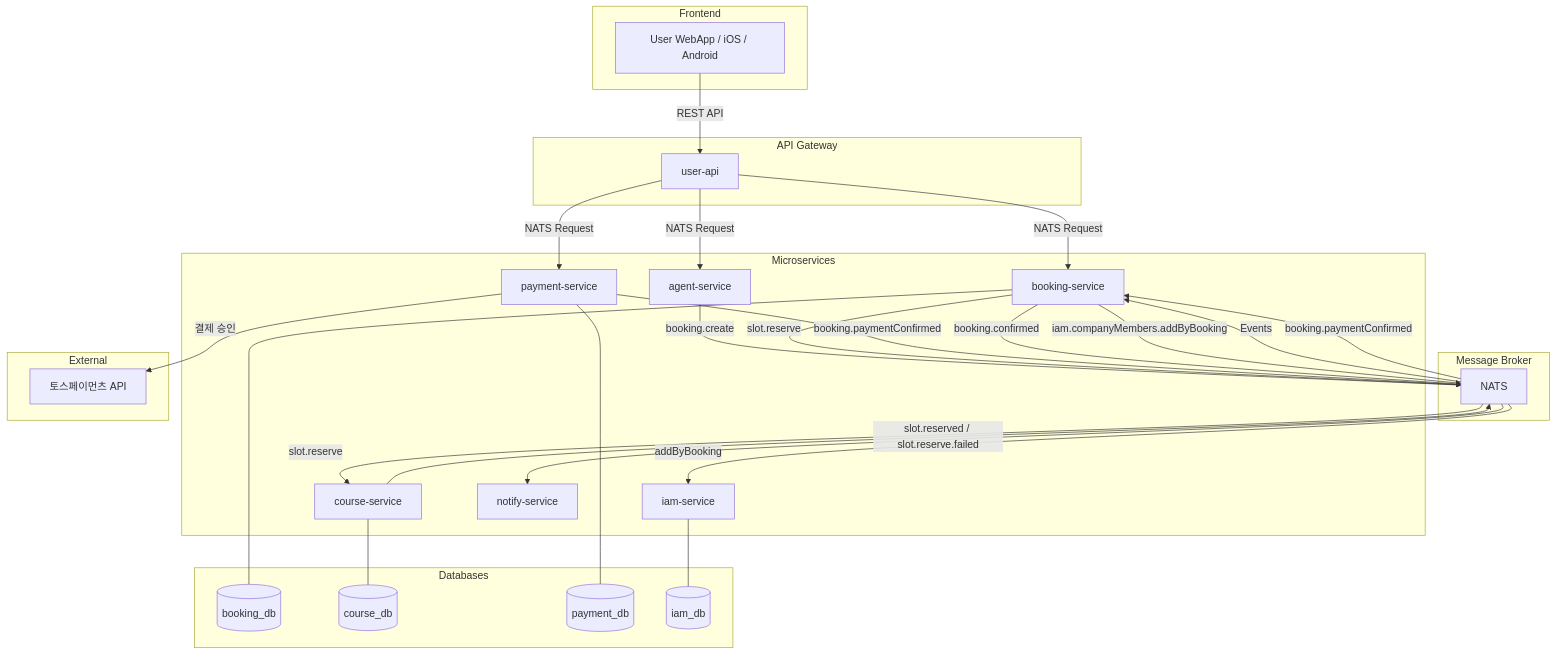
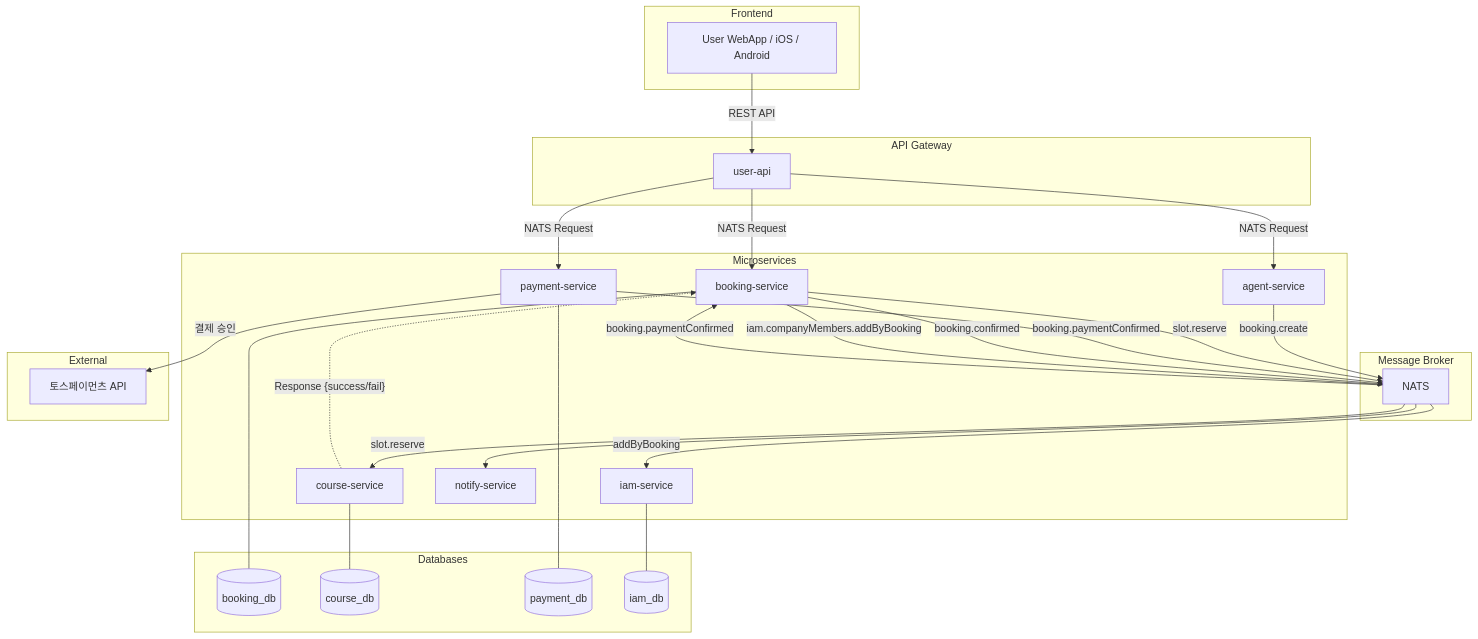
Before and after one commit to uniyous/parkgolf-platform: the first of 18 diagrams in docs/workflow/BOOKING.md, drawn with Mermaid. The commit also changed other lines of this file and 5 other files, not shown here.

First line of the commit message:
docs: 제안서 및 워크플로우 문서 업데이트

````diff
--- a/docs/workflow/BOOKING.md
+++ b/docs/workflow/BOOKING.md
@@ -61,55 +61,54 @@
 ```mermaid
 flowchart TB
     subgraph "Frontend"
         A[User WebApp / iOS / Android]
     end
 
     subgraph "API Gateway"
         B[user-api]
     end
 
     subgraph "Microservices"
         C[booking-service]
         D[course-service]
         P[payment-service]
         IAM[iam-service]
         E[notify-service]
         AG[agent-service]
     end
 
     subgraph "Message Broker"
         NATS[NATS]
     end
 
     subgraph "Databases"
         F[(booking_db)]
         G[(course_db)]
         H[(payment_db)]
         I[(iam_db)]
     end
 
     subgraph "External"
         TOSS[토스페이먼츠 API]
     end
 
     A -->|REST API| B
     B -->|NATS Request| C
     B -->|NATS Request| P
     B -->|NATS Request| AG
     AG -->|booking.create| NATS
     C -->|slot.reserve| NATS
     NATS -->|slot.reserve| D
-    D -->|slot.reserved / slot.reserve.failed| NATS
-    NATS -->|Events| C
+    D -.->|"Response {success/fail}"| C
     P -->|booking.paymentConfirmed| NATS
     NATS -->|booking.paymentConfirmed| C
     C -->|booking.confirmed| NATS
     C -->|iam.companyMembers.addByBooking| NATS
     NATS --> E
     NATS -->|addByBooking| IAM
     P -->|결제 승인| TOSS
     C --- F
     D --- G
     P --- H
     IAM --- I
 ```
````
